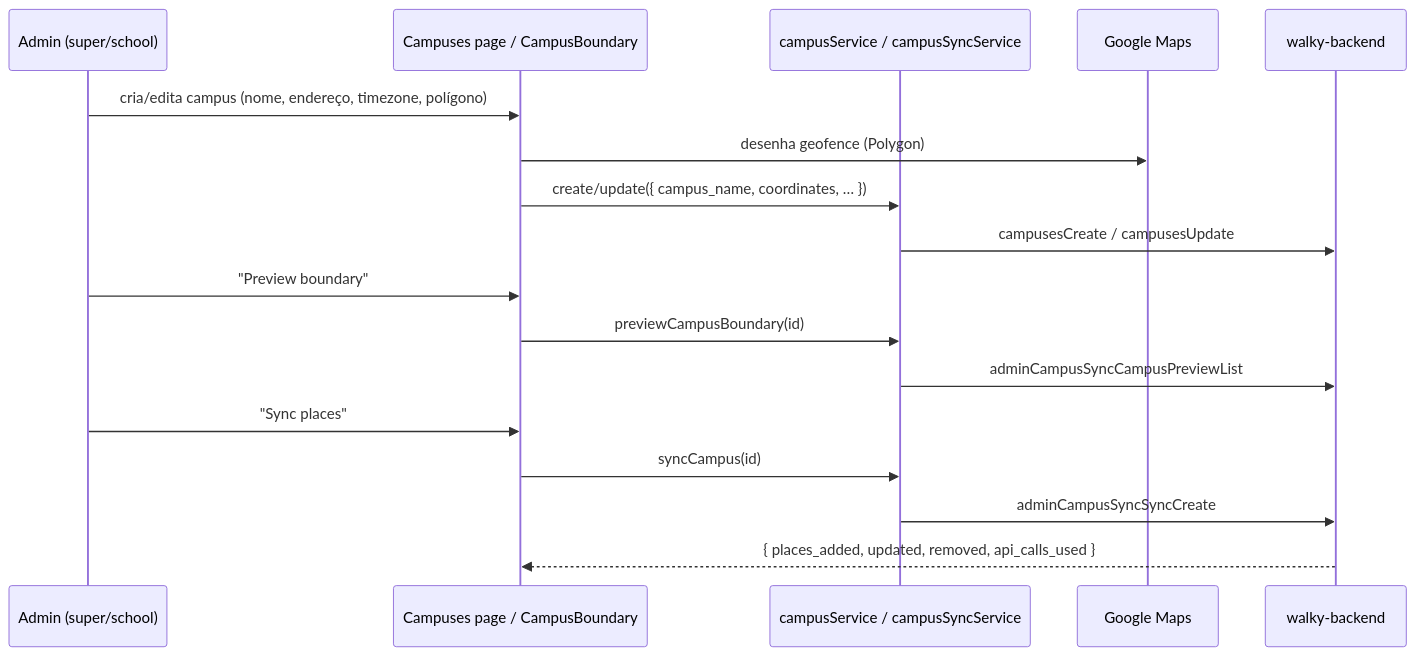
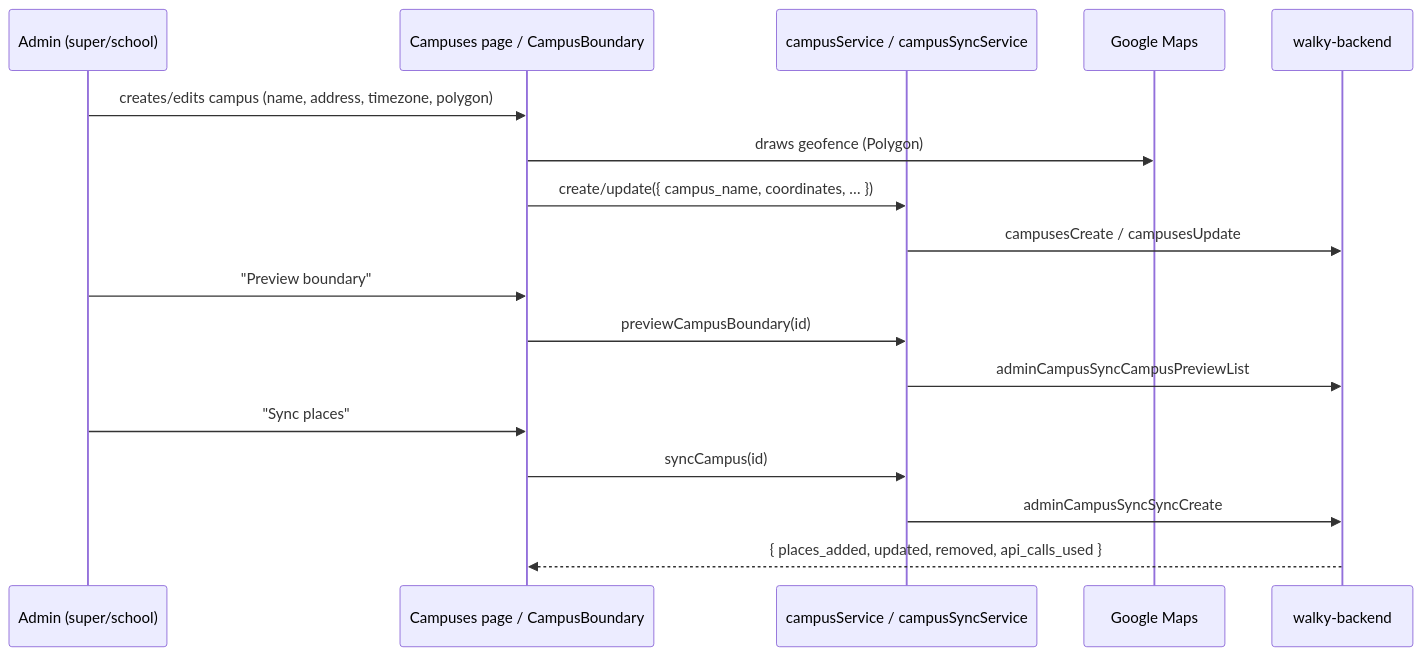
Before and after one commit to Walky-App/walky-admin: the tenth of 15 diagrams in docs/workflows.md, drawn with Mermaid. The commit also changed other lines of this file and 12 other files, not shown here.

````diff
--- a/docs/workflows.md
+++ b/docs/workflows.md
@@ -540,20 +542,20 @@
 ```mermaid
 sequenceDiagram
     participant A as Admin (super/school)
     participant CP as Campuses page / CampusBoundary
     participant CS as campusService / campusSyncService
     participant Maps as Google Maps
     participant BE as walky-backend
 
-    A->>CP: cria/edita campus (nome, endereço, timezone, polígono)
-    CP->>Maps: desenha geofence (Polygon)
+    A->>CP: creates/edits campus (name, address, timezone, polygon)
+    CP->>Maps: draws geofence (Polygon)
     CP->>CS: create/update({ campus_name, coordinates, … })
     CS->>BE: campusesCreate / campusesUpdate
     A->>CP: "Preview boundary"
     CP->>CS: previewCampusBoundary(id)
     CS->>BE: adminCampusSyncCampusPreviewList
     A->>CP: "Sync places"
     CP->>CS: syncCampus(id)
     CS->>BE: adminCampusSyncSyncCreate
     BE-->>CP: { places_added, updated, removed, api_calls_used }
 ```
````
